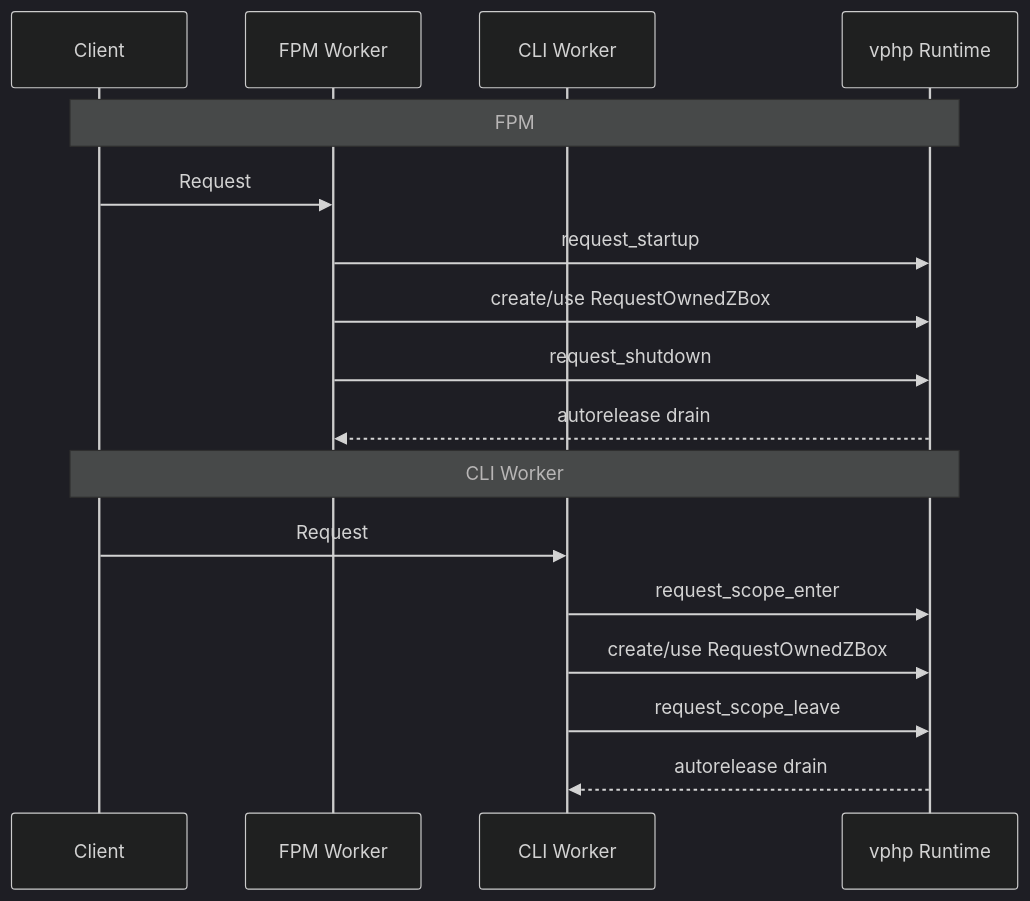
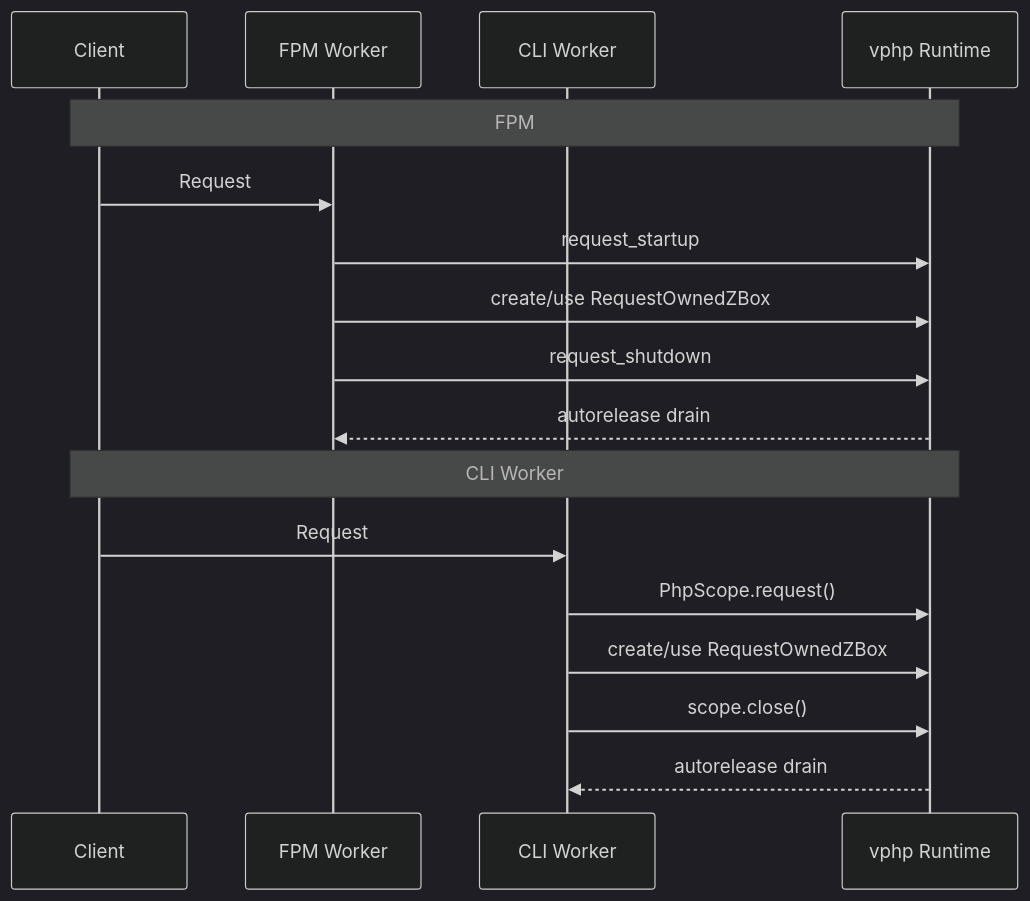
Before and after one commit to guweigang/vphpx: the third of 3 diagrams in vphp/docs/lifecycle_model.md, drawn with Mermaid (dark theme). The commit also changed other lines of this file and 43 other files, not shown here.

````diff
--- a/vphp/docs/lifecycle_model.md
+++ b/vphp/docs/lifecycle_model.md
@@ -147,21 +149,21 @@
 ```mermaid
 sequenceDiagram
     participant Client as Client
     participant FPM as FPM Worker
     participant CLI as CLI Worker
     participant VPHP as vphp Runtime
 
     Note over Client,VPHP: FPM
     Client->>FPM: Request #1
     FPM->>VPHP: request_startup
         FPM->>VPHP: create/use RequestOwnedZBox
     FPM->>VPHP: request_shutdown
     VPHP-->>FPM: autorelease drain
 
     Note over Client,VPHP: CLI Worker
     Client->>CLI: Request #1
-    CLI->>VPHP: request_scope_enter
+    CLI->>VPHP: PhpScope.request()
         CLI->>VPHP: create/use RequestOwnedZBox
-    CLI->>VPHP: request_scope_leave
+    CLI->>VPHP: scope.close()
     VPHP-->>CLI: autorelease drain
 ```
````
